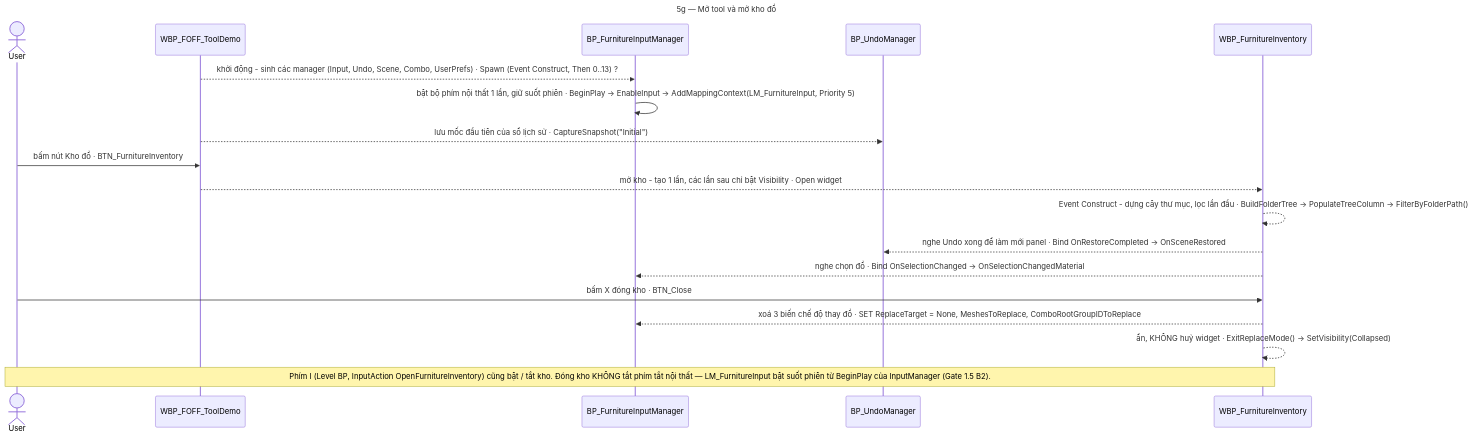
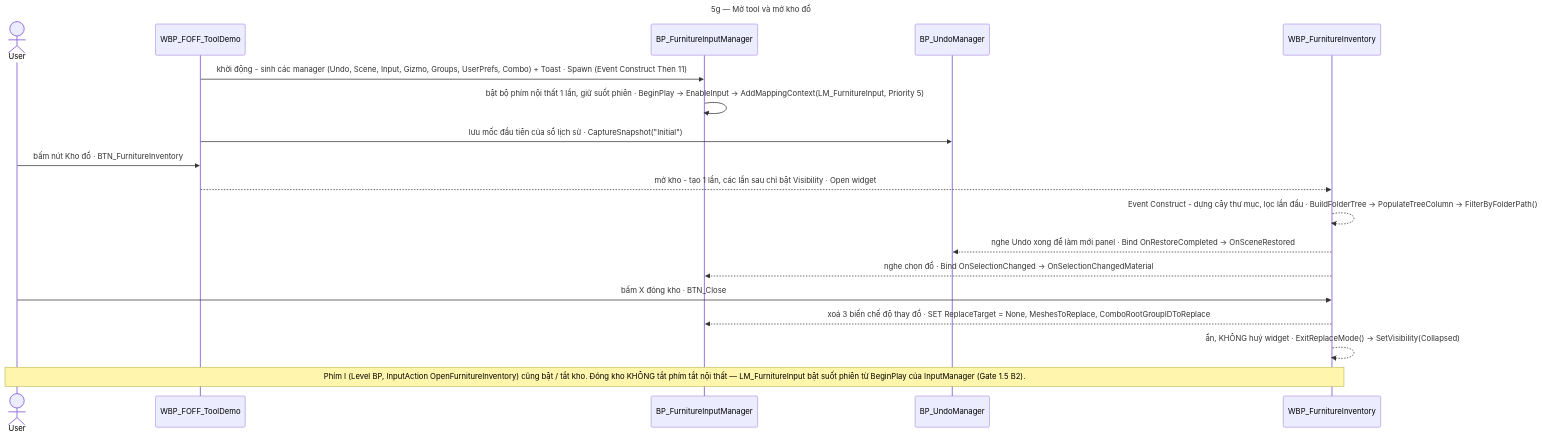
One commit to olivercu04/UE5_InteriorTool_Docs changed diagram 13 of 26 in docs/00_Core/Architecture_Map.md. Above: the diagram before and after it, drawn with Mermaid. The commit also changed other lines of this file and 37 other files, not shown here.

````diff
--- a/docs/00_Core/Architecture_Map.md
+++ b/docs/00_Core/Architecture_Map.md
@@ -1094,23 +1116,23 @@
 ```mermaid
 ---
 title: "5g — Mở tool và mở kho đồ"
 ---
 sequenceDiagram
   actor U as User
   participant TD as WBP_FOFF_ToolDemo
   participant IM as BP_FurnitureInputManager
   participant UM as BP_UndoManager
   participant INV as WBP_FurnitureInventory
-  TD-->>IM: khởi động - sinh các manager (Input, Undo, Scene, Combo, UserPrefs) · Spawn (Event Construct, Then 0..13) ?
+  TD->>IM: khởi động - sinh các manager (Undo, Scene, Input, Gizmo, Groups, UserPrefs, Combo) + Toast · Spawn (Event Construct Then 11)
   IM->>IM: bật bộ phím nội thất 1 lần, giữ suốt phiên · BeginPlay → EnableInput → AddMappingContext(LM_FurnitureInput, Priority 5)
-  TD-->>UM: lưu mốc đầu tiên của sổ lịch sử · CaptureSnapshot("Initial")
+  TD->>UM: lưu mốc đầu tiên của sổ lịch sử · CaptureSnapshot("Initial")
   U->>TD: bấm nút Kho đồ · BTN_FurnitureInventory
   TD-->>INV: mở kho - tạo 1 lần, các lần sau chỉ bật Visibility · Open widget
   INV-->>INV: Event Construct - dựng cây thư mục, lọc lần đầu · BuildFolderTree → PopulateTreeColumn → FilterByFolderPath()
   INV-->>UM: nghe Undo xong để làm mới panel · Bind OnRestoreCompleted → OnSceneRestored
   INV-->>IM: nghe chọn đồ · Bind OnSelectionChanged → OnSelectionChangedMaterial
   U->>INV: bấm X đóng kho · BTN_Close
   INV-->>IM: xoá 3 biến chế độ thay đồ · SET ReplaceTarget = None, MeshesToReplace, ComboRootGroupIDToReplace
   INV-->>INV: ẩn, KHÔNG huỷ widget · ExitReplaceMode() → SetVisibility(Collapsed)
   Note over U,INV: Phím I (Level BP, InputAction OpenFurnitureInventory) cũng bật / tắt kho. Đóng kho KHÔNG tắt phím tắt nội thất — LM_FurnitureInput bật suốt phiên từ BeginPlay của InputManager (Gate 1.5 B2).
 ```
````
